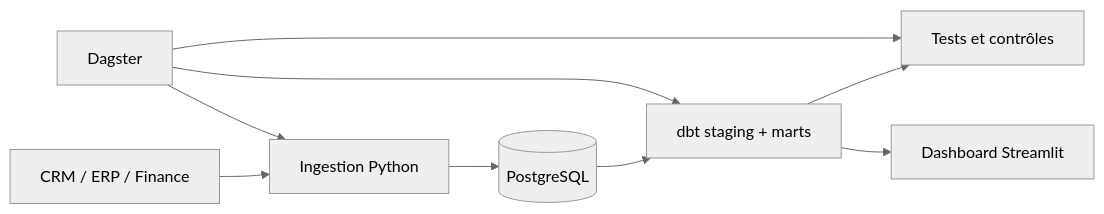
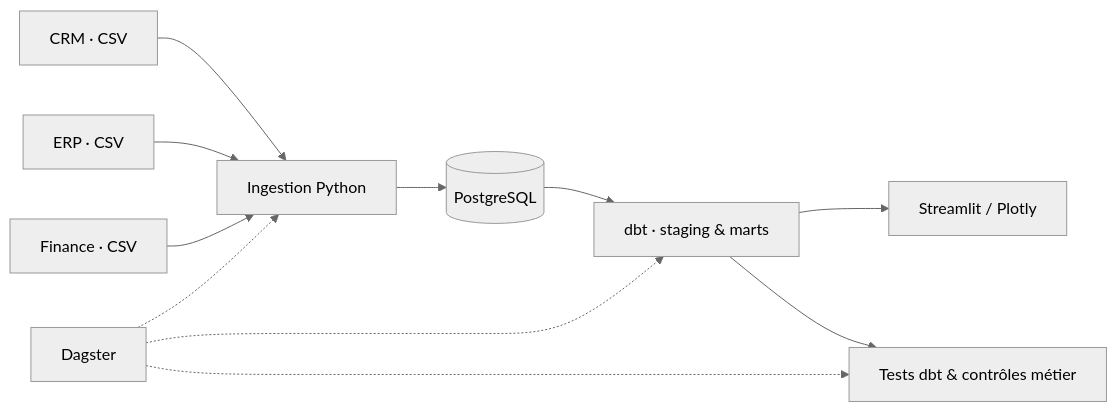
Before and after one commit to fadel-santiago/mini-data-platform: the diagram in README.md, drawn with Mermaid (neutral theme). The commit also changed other lines of this file and 5 other files, not shown here.

````diff
--- a/README.md
+++ b/README.md
@@ -31,11 +69,15 @@
-~~~mermaid
+```mermaid
 flowchart LR
-    A[CRM / ERP / Finance] --> B[Ingestion Python]
-    B --> C[(PostgreSQL)]
-    C --> D[dbt staging + marts]
-    D --> E[Tests et contrôles]
-    D --> F[Dashboard Streamlit]
-    G[Dagster] --> B
-    G --> D
-    G --> E
-~~~
+    CRM["CRM · CSV"] --> ING["Ingestion Python"]
+    ERP["ERP · CSV"] --> ING
+    FIN["Finance · CSV"] --> ING
+
+    ING --> DB[("PostgreSQL")]
+    DB --> DBT["dbt · staging & marts"]
+    DBT --> KPI["Streamlit / Plotly"]
+    DBT --> QA["Tests dbt & contrôles métier"]
+
+    DAG["Dagster"] -.-> ING
+    DAG -.-> DBT
+    DAG -.-> QA
+```
````
